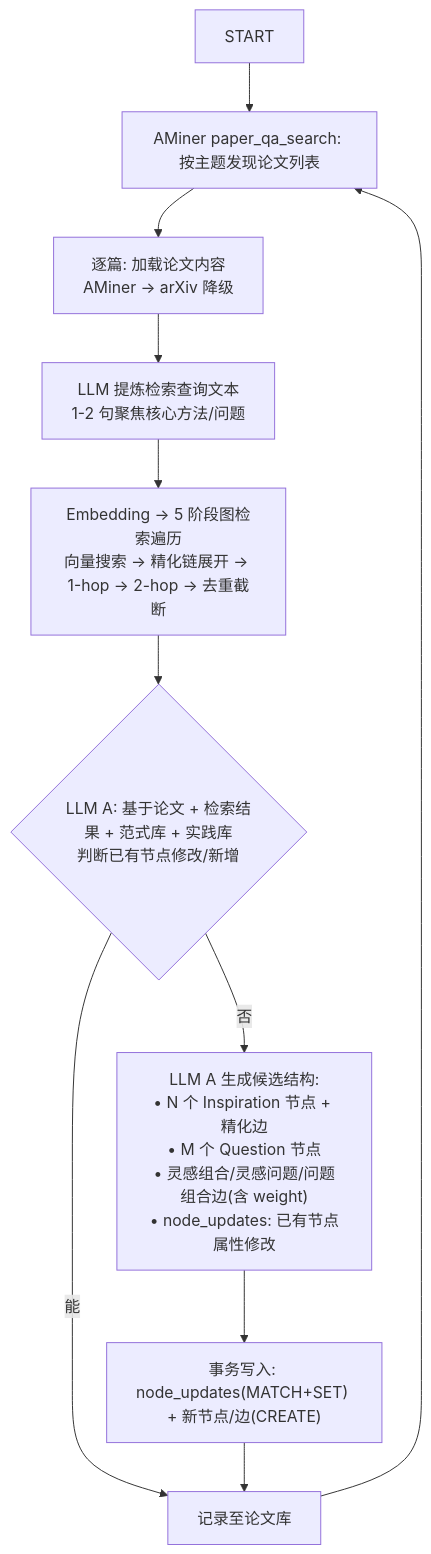
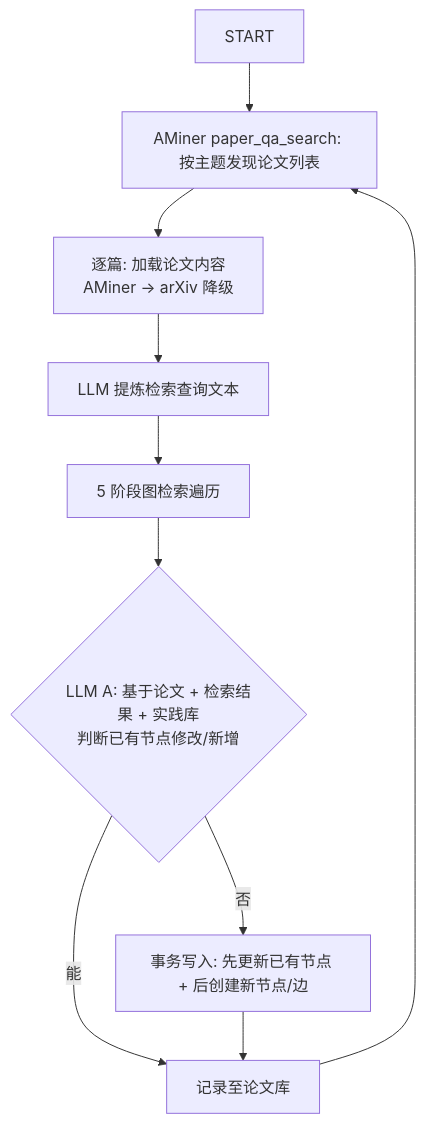
The first of 2 diagrams in docs/design.md (cheanus/IdeaForgeX), drawn with Mermaid before and after one commit. The commit also changed other lines of this file and 7 other files, not shown here.

````diff
--- a/docs/design.md
+++ b/docs/design.md
@@ -153,14 +68,13 @@
 ```mermaid
 flowchart TD
     S["START"]
     S --> D["AMiner paper_qa_search: 按主题发现论文列表"]
     D --> P1["逐篇: 加载论文内容<br/>AMiner → arXiv 降级"]
-    P1 --> GEN["LLM 提炼检索查询文本<br/>1-2 句聚焦核心方法/问题"]
-    GEN --> RET["Embedding → 5 阶段图检索遍历<br/>向量搜索 → 精化链展开 → 1-hop → 2-hop → 去重截断"]
-    RET --> A1{"LLM A: 基于论文 + 检索结果 + 范式库 + 实践库<br/>判断已有节点修改/新增"}
+    P1 --> GEN["LLM 提炼检索查询文本"]
+    GEN --> RET["5 阶段图检索遍历"]
+    RET --> A1{"LLM A: 基于论文 + 检索结果 + 实践库<br/>判断已有节点修改/新增"}
     A1 -->|能| PAPER["记录至论文库"]
     PAPER --> D
-    A1 -->|否| A2["LLM A 生成候选结构:<br/>• N 个 Inspiration 节点 + 精化边<br/>• M 个 Question 节点<br/>• 灵感组合/灵感问题/问题组合边(含 weight)<br/>• node_updates: 已有节点属性修改"]
-    A2 --> COMMIT["事务写入: node_updates(MATCH+SET) + 新节点/边(CREATE)"]
+    A1 -->|否| COMMIT["事务写入: 先更新已有节点 + 后创建新节点/边"]
     COMMIT --> PAPER
 ```
````
